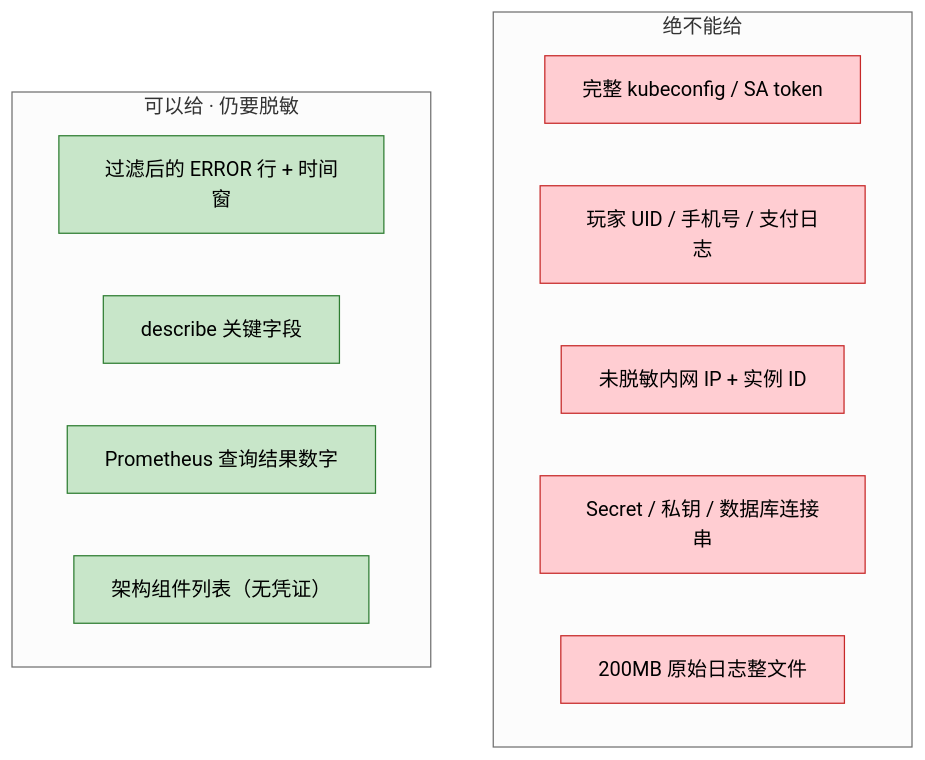
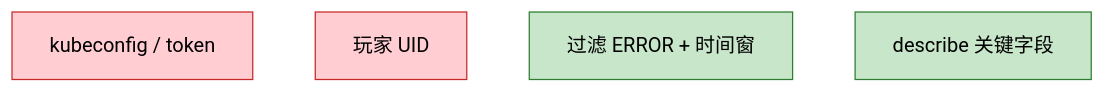
One commit to ml-cuizijun/LearnToLilith changed the second of 2 diagrams in 09-AI与智能运维/07-AI工具实战与Vibe-Coding/知识点.md. Above: the diagram before and after it, drawn with Mermaid (neutral theme). The commit also changed other lines of this file and 107 other files, not shown here.

````diff
--- a/09-AI与智能运维/07-AI工具实战与Vibe-Coding/知识点.md
+++ b/09-AI与智能运维/07-AI工具实战与Vibe-Coding/知识点.md
@@ -199,20 +289,10 @@
 ```mermaid
 flowchart TB
     classDef bad fill:#ffcdd2,stroke:#c62828
     classDef ok fill:#c8e6c9,stroke:#2e7d32
 
-    subgraph never ["绝不能给"]
-        N1["完整 kubeconfig / SA token"]:::bad
-        N2["玩家 UID / 手机号 / 支付日志"]:::bad
-        N3["未脱敏内网 IP + 实例 ID"]:::bad
-        N4["Secret / 私钥 / 数据库连接串"]:::bad
-        N5["200MB 原始日志整文件"]:::bad
-    end
-
-    subgraph ok ["可以给 · 仍要脱敏"]
-        O1["过滤后的 ERROR 行 + 时间窗"]:::ok
-        O2["describe 关键字段"]:::ok
-        O3["Prometheus 查询结果数字"]:::ok
-        O4["架构组件列表（无凭证）"]:::ok
-    end
+    N1["kubeconfig / token"]:::bad
+    N2["玩家 UID"]:::bad
+    O1["过滤 ERROR + 时间窗"]:::ok
+    O2["describe 关键字段"]:::ok
 ```
````
